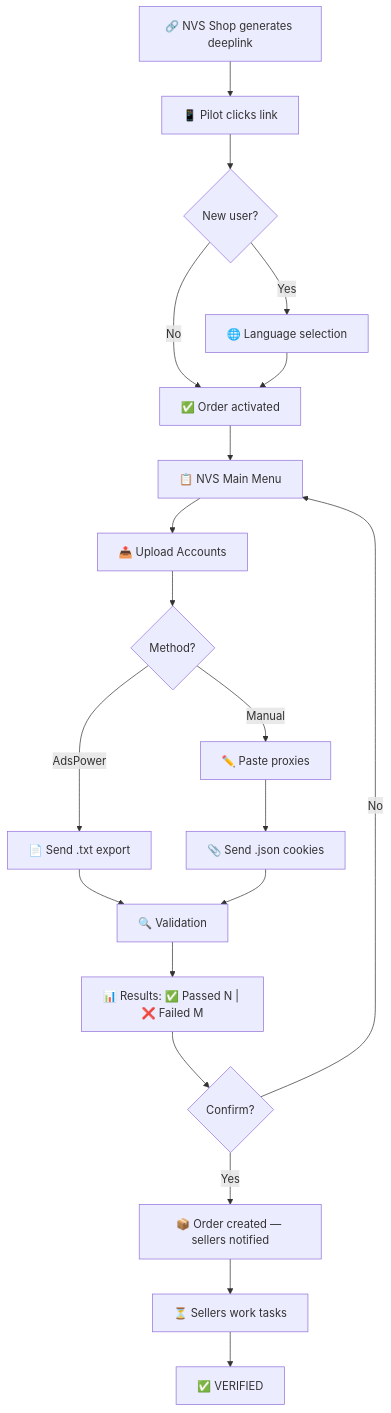
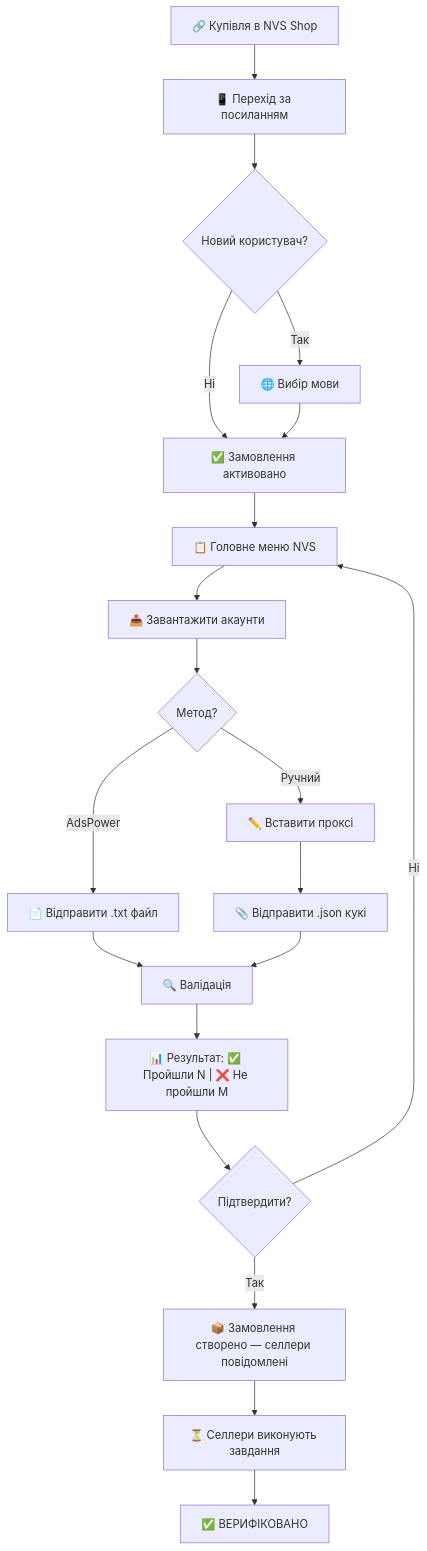
The second of 8 diagrams in src/content/docs/ua/pilot-faq.md (AutoPilotSoftware/docs), drawn with Mermaid before and after one commit. The commit also changed other lines of this file and 2 other files, not shown here.

First line of the commit message:
Simplify and localize all pilot-faq diagrams across RU/EN/UA

````diff
--- a/src/content/docs/ua/pilot-faq.md
+++ b/src/content/docs/ua/pilot-faq.md
@@ -103,26 +99,26 @@
 ```mermaid
 flowchart TD
-    A["🔗 NVS Shop generates deeplink"] --> B["📱 Pilot clicks link"]
-    B --> C{"New user?"}
-    C -->|Yes| D["🌐 Language selection"]
-    C -->|No| E["✅ Order activated"]
+    A["🔗 Купівля в NVS Shop"] --> B["📱 Перехід за посиланням"]
+    B --> C{"Новий користувач?"}
+    C -->|Так| D["🌐 Вибір мови"]
+    C -->|Ні| E["✅ Замовлення активовано"]
     D --> E
 
-    E --> F["📋 NVS Main Menu"]
-    F --> G["📤 Upload Accounts"]
-    G --> L{"Method?"}
+    E --> F["📋 Головне меню NVS"]
+    F --> G["📤 Завантажити акаунти"]
+    G --> L{"Метод?"}
 
-    L -->|AdsPower| M["📄 Send .txt export"]
-    L -->|Manual| N["✏️ Paste proxies"]
-    N --> O["📎 Send .json cookies"]
+    L -->|AdsPower| M["📄 Відправити .txt файл"]
+    L -->|Ручний| N["✏️ Вставити проксі"]
+    N --> O["📎 Відправити .json кукі"]
 
-    M --> P["🔍 Validation"]
+    M --> P["🔍 Валідація"]
     O --> P
 
-    P --> Q["📊 Results: ✅ Passed N | ❌ Failed M"]
-    Q --> R{"Confirm?"}
-    R -->|Yes| S["📦 Order created — sellers notified"]
-    R -->|No| F
-    S --> T["⏳ Sellers work tasks"]
-    T --> U["✅ VERIFIED"]
+    P --> Q["📊 Результат: ✅ Пройшли N | ❌ Не пройшли M"]
+    Q --> R{"Підтвердити?"}
+    R -->|Так| S["📦 Замовлення створено — селлери повідомлені"]
+    R -->|Ні| F
+    S --> T["⏳ Селлери виконують завдання"]
+    T --> U["✅ ВЕРИФІКОВАНО"]
 ```
````
